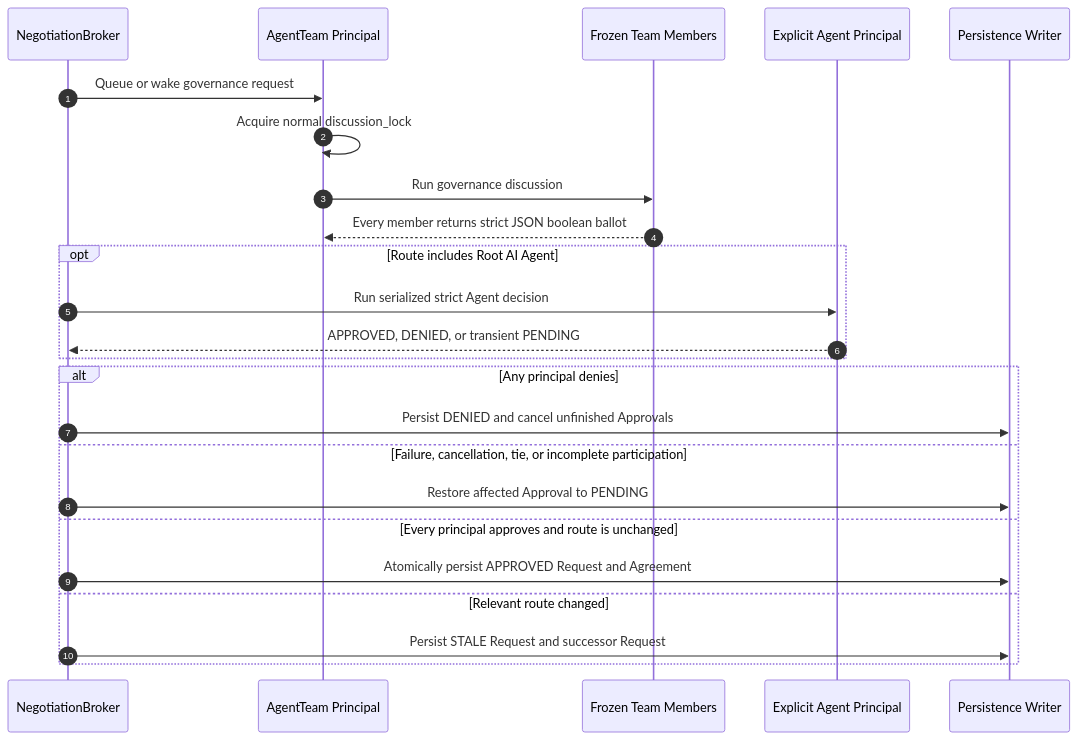
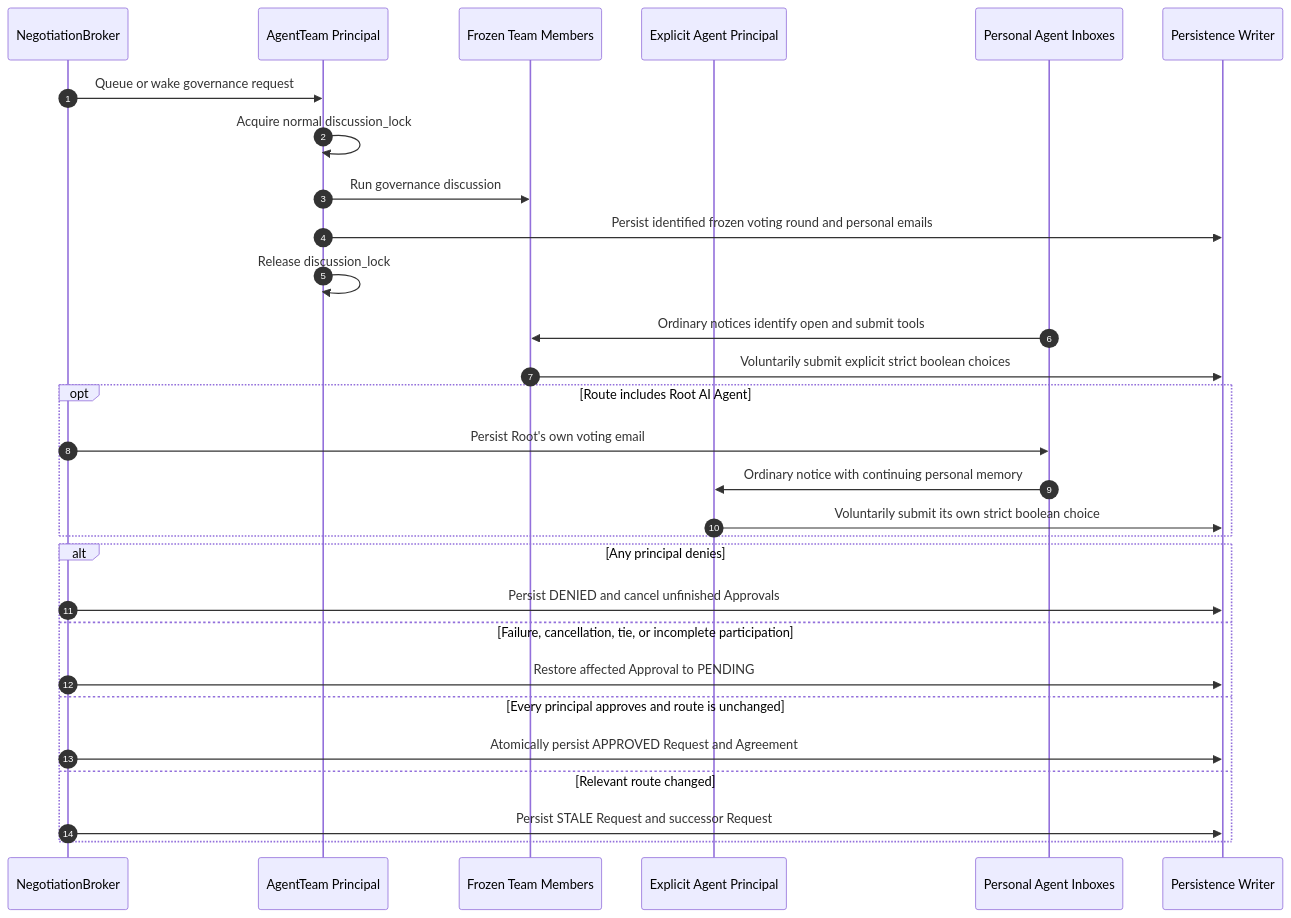
One commit to AI-Team-Team/AI-Team-Team changed the third of 6 diagrams in docs/flowcharts/Lineage_Tree_Mutations.md. Above: the diagram before and after it, drawn with Mermaid. The commit also changed other lines of this file and 82 other files, not shown here.

First line of the commit message:
feat(governance): route ballots through personal agent inboxes

````diff
--- a/docs/flowcharts/Lineage_Tree_Mutations.md
+++ b/docs/flowcharts/Lineage_Tree_Mutations.md
@@ -84,27 +84,32 @@
 ```mermaid
 sequenceDiagram
     autonumber
     participant Broker as NegotiationBroker
     participant Team as AgentTeam Principal
     participant Members as Frozen Team Members
     participant Root as Explicit Agent Principal
+    participant Inbox as Personal Agent Inboxes
     participant DB as Persistence Writer
 
     Broker->>Team: Queue or wake governance request
     Team->>Team: Acquire normal discussion_lock
     Team->>Members: Run governance discussion
-    Members-->>Team: Every member returns strict JSON boolean ballot
+    Team->>DB: Persist identified frozen voting round and personal emails
+    Team->>Team: Release discussion_lock
+    Inbox->>Members: Ordinary notices identify open and submit tools
+    Members->>DB: Voluntarily submit explicit strict boolean choices
     opt Route includes Root AI Agent
-        Broker->>Root: Run serialized strict Agent decision
-        Root-->>Broker: APPROVED, DENIED, or transient PENDING
+        Broker->>Inbox: Persist Root's own voting email
+        Inbox->>Root: Ordinary notice with continuing personal memory
+        Root->>DB: Voluntarily submit its own strict boolean choice
     end
     alt Any principal denies
         Broker->>DB: Persist DENIED and cancel unfinished Approvals
     else Failure, cancellation, tie, or incomplete participation
         Broker->>DB: Restore affected Approval to PENDING
     else Every principal approves and route is unchanged
         Broker->>DB: Atomically persist APPROVED Request and Agreement
     else Relevant route changed
         Broker->>DB: Persist STALE Request and successor Request
     end
 ```
````
